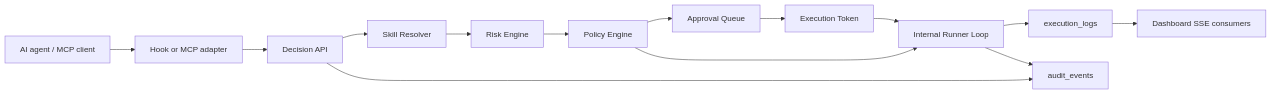
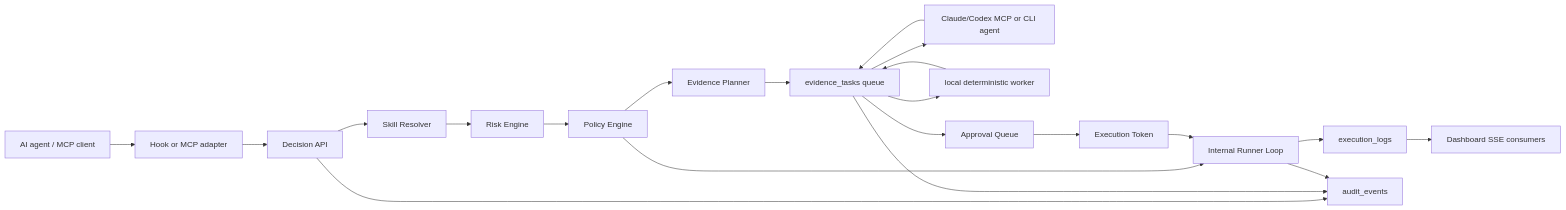
The diagram in docs/architecture.md (Selfzorg/AgentGate), drawn with Mermaid before and after one commit. The commit also changed other lines of this file and 74 other files, not shown here.

Commit message:
Add AgentGate Claude MCP evidence integration

````diff
--- a/docs/architecture.md
+++ b/docs/architecture.md
@@ -5,16 +5,23 @@
 ```mermaid
 flowchart LR
   Agent["AI agent / MCP client"] --> Adapter["Hook or MCP adapter"]
   Adapter --> Decision["Decision API"]
   Decision --> Resolver["Skill Resolver"]
   Resolver --> Risk["Risk Engine"]
   Risk --> Policy["Policy Engine"]
-  Policy --> Approval["Approval Queue"]
+  Policy --> EvidencePlan["Evidence Planner"]
+  EvidencePlan --> EvidenceTasks["evidence_tasks queue"]
+  EvidenceTasks --> AgentWorker["Claude/Codex MCP or CLI agent"]
+  EvidenceTasks --> LocalWorker["local deterministic worker"]
+  AgentWorker --> EvidenceTasks
+  LocalWorker --> EvidenceTasks
+  EvidenceTasks --> Approval["Approval Queue"]
   Policy --> Runner["Internal Runner Loop"]
   Approval --> Token["Execution Token"]
   Token --> Runner
   Runner --> Logs["execution_logs"]
   Decision --> Audit["audit_events"]
+  EvidenceTasks --> Audit
   Runner --> Audit
   Logs --> Dashboard["Dashboard SSE consumers"]
 ```
````
